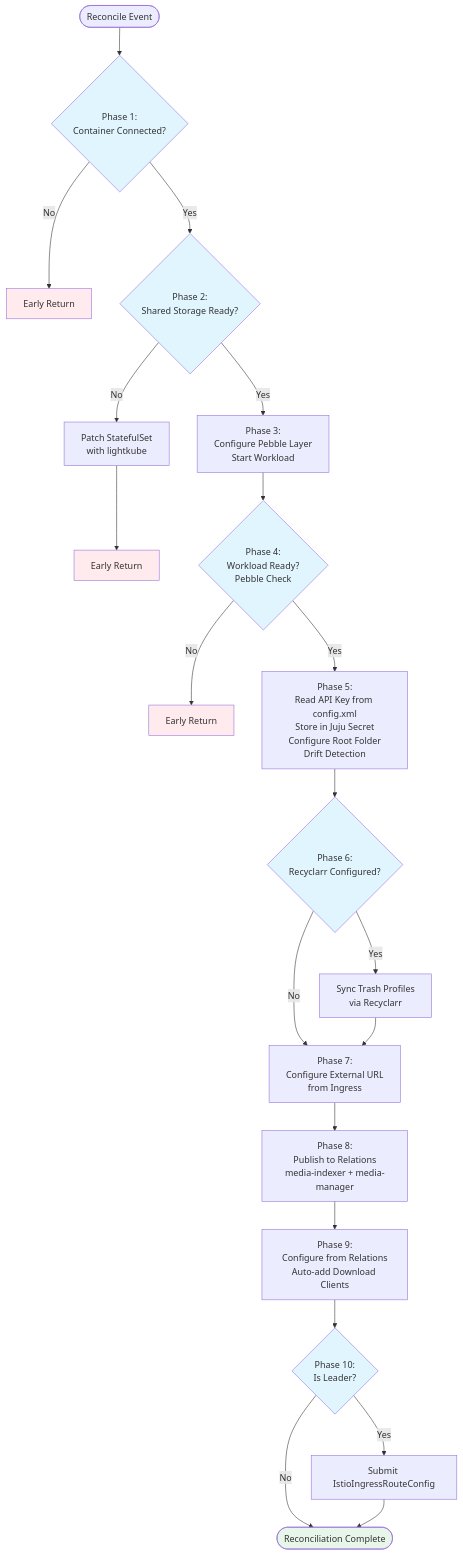
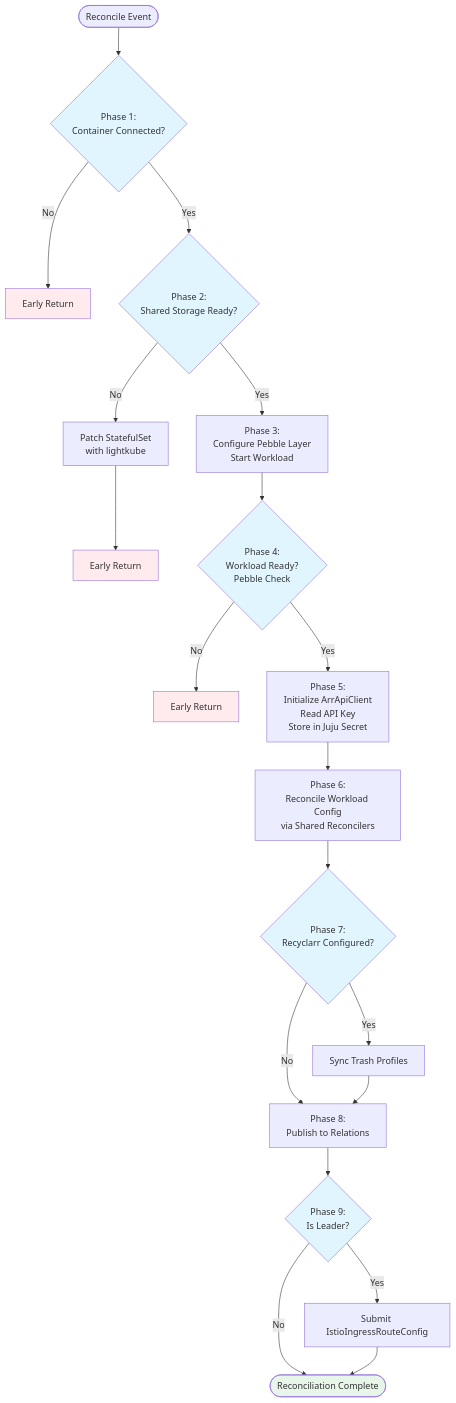
The diagram in adr/apps/adr-004-radarr-sonarr.md (charmarr/charmarr-meta), drawn with Mermaid before and after one commit. The commit also changed other lines of this file and 1 other file, not shown here.

Commit message:
feat[adr]: adds arr config pattern adr

````diff
--- a/adr/apps/adr-004-radarr-sonarr.md
+++ b/adr/apps/adr-004-radarr-sonarr.md
@@ -184,38 +118,36 @@
 ```mermaid
 flowchart TD
     Start([Reconcile Event]) --> P1{Phase 1:<br/>Container Connected?}
     P1 -->|No| Return1[Early Return]
     P1 -->|Yes| P2{Phase 2:<br/>Shared Storage Ready?}
 
     P2 -->|No| P2a[Patch StatefulSet<br/>with lightkube]
     P2a --> Return2[Early Return]
     P2 -->|Yes| P3[Phase 3:<br/>Configure Pebble Layer<br/>Start Workload]
 
     P3 --> P4{Phase 4:<br/>Workload Ready?<br/>Pebble Check}
     P4 -->|No| Return3[Early Return]
-    P4 -->|Yes| P5[Phase 5:<br/>Read API Key from config.xml<br/>Store in Juju Secret<br/>Configure Root Folder<br/>Drift Detection]
+    P4 -->|Yes| P5[Phase 5:<br/>Initialize ArrApiClient<br/>Read API Key<br/>Store in Juju Secret]
 
-    P5 --> P6{Phase 6:<br/>Recyclarr Configured?}
-    P6 -->|No| P7
-    P6 -->|Yes| P6a[Sync Trash Profiles<br/>via Recyclarr]
-    P6a --> P7[Phase 7:<br/>Configure External URL<br/>from Ingress]
+    P5 --> P6[Phase 6:<br/>Reconcile Workload Config<br/>via Shared Reconcilers]
 
-    P7 --> P8[Phase 8:<br/>Publish to Relations<br/>media-indexer + media-manager]
+    P6 --> P7{Phase 7:<br/>Recyclarr Configured?}
+    P7 -->|No| P8
+    P7 -->|Yes| P7a[Sync Trash Profiles]
+    P7a --> P8[Phase 8:<br/>Publish to Relations]
 
-    P8 --> P9[Phase 9:<br/>Configure from Relations<br/>Auto-add Download Clients]
-
-    P9 --> P10{Phase 10:<br/>Is Leader?}
-    P10 -->|No| Done
-    P10 -->|Yes| P10a[Submit IstioIngressRouteConfig]
-    P10a --> Done([Reconciliation Complete])
+    P8 --> P9{Phase 9:<br/>Is Leader?}
+    P9 -->|No| Done
+    P9 -->|Yes| P9a[Submit IstioIngressRouteConfig]
+    P9a --> Done([Reconciliation Complete])
 
     style P1 fill:#e1f5ff
     style P2 fill:#e1f5ff
     style P4 fill:#e1f5ff
-    style P6 fill:#e1f5ff
-    style P10 fill:#e1f5ff
+    style P7 fill:#e1f5ff
+    style P9 fill:#e1f5ff
     style Return1 fill:#ffebee
     style Return2 fill:#ffebee
     style Return3 fill:#ffebee
     style Done fill:#e8f5e9
 ```
````
